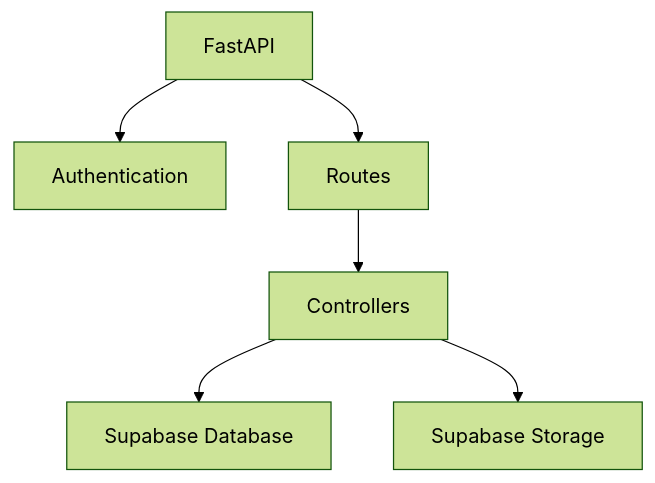
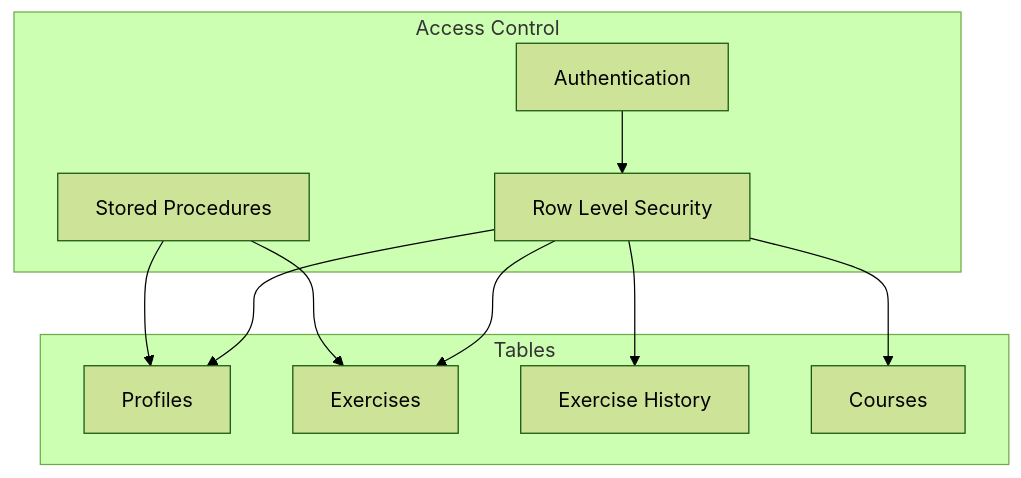
Before and after one commit to huyqduong/faceyoga-progress-tracker-app: the fourth of 13 diagrams in docs/ARCHITECTURE.md, drawn with Mermaid (forest theme). The commit also changed other lines of this file, not shown here.

Commit message:
updated architecture doc

````diff
--- a/docs/ARCHITECTURE.md
+++ b/docs/ARCHITECTURE.md
@@ -26,8 +74,24 @@
 ```mermaid
-graph TD
-    API[FastAPI] --> Auth[Authentication]
-    API --> Routes[Routes]
-    Routes --> Controllers[Controllers]
-    Controllers --> Database[Supabase Database]
-    Controllers --> Storage[Supabase Storage]
+flowchart TD
+    subgraph "Access Control"
+        Auth[Authentication]
+        RLS[Row Level Security]
+        Proc[Stored Procedures]
+    end
+
+    subgraph "Tables"
+        P[Profiles]
+        E[Exercises]
+        EH[Exercise History]
+        C[Courses]
+    end
+
+    Auth --> RLS
+    RLS --> P
+    RLS --> E
+    RLS --> EH
+    RLS --> C
+    
+    Proc --> P
+    Proc --> E
 ```
````
